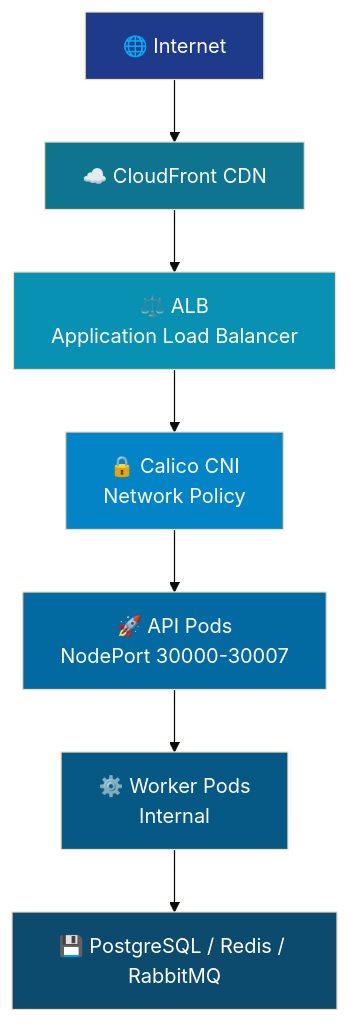
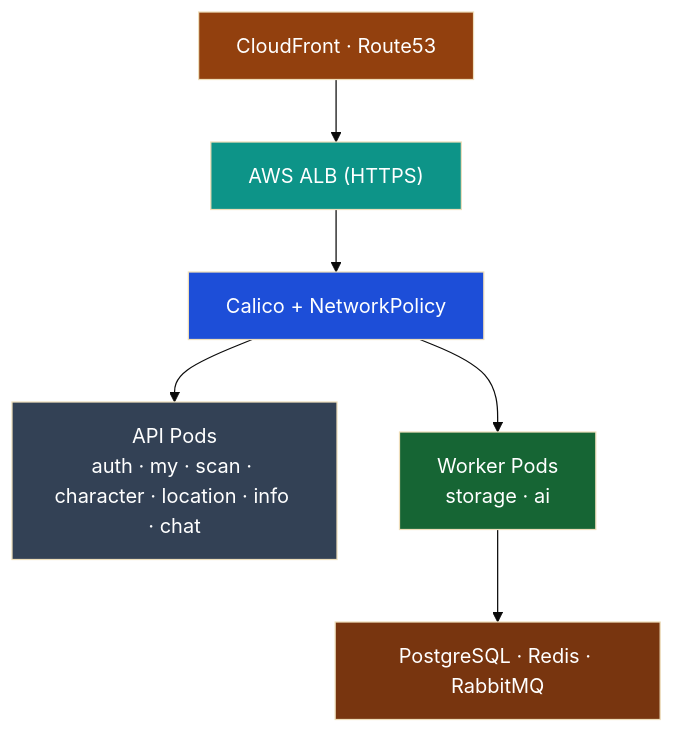
Before and after one commit to eco2-team/backend: the first of 2 diagrams in README.md, drawn with Mermaid (base theme). The commit also changed other lines of this file and 238 other files, not shown here.

First line of the commit message:
docs: reorganize architecture docs (#58)

````diff
--- a/README.md
+++ b/README.md
@@ -117,17 +24,14 @@
 ```mermaid
 graph TD
-    A[🌐 Internet] --> B[☁️ CloudFront CDN]
-    B --> C[⚖️ ALB<br/>Application Load Balancer]
-    C --> D[🔒 Calico CNI<br/>Network Policy]
-    D --> E[🚀 API Pods<br/>NodePort 30000-30007]
-    E --> F[⚙️ Worker Pods<br/>Internal]
-    F --> G[💾 PostgreSQL / Redis / RabbitMQ]
-    
-    style A fill:#1e3a8a,color:#fff
-    style B fill:#0e7490,color:#fff
-    style C fill:#0891b2,color:#fff
-    style D fill:#0284c7,color:#fff
-    style E fill:#0369a1,color:#fff
-    style F fill:#075985,color:#fff
-    style G fill:#0c4a6e,color:#fff
+    CF["CloudFront · Route53"] --> ALB["AWS ALB (HTTPS)"]
+    ALB --> CALICO["Calico + NetworkPolicy"]
+    CALICO --> API["API Pods<br/>auth · my · scan · character · location · info · chat"]
+    CALICO --> WORK["Worker Pods<br/>storage · ai"]
+    WORK --> DATA["PostgreSQL · Redis · RabbitMQ"]
+    style CF fill:#92400e,color:#fff
+    style ALB fill:#0d9488,color:#fff
+    style CALICO fill:#1d4ed8,color:#fff
+    style API fill:#334155,color:#fff
+    style WORK fill:#166534,color:#fff
+    style DATA fill:#78350f,color:#fff
 ```
````
